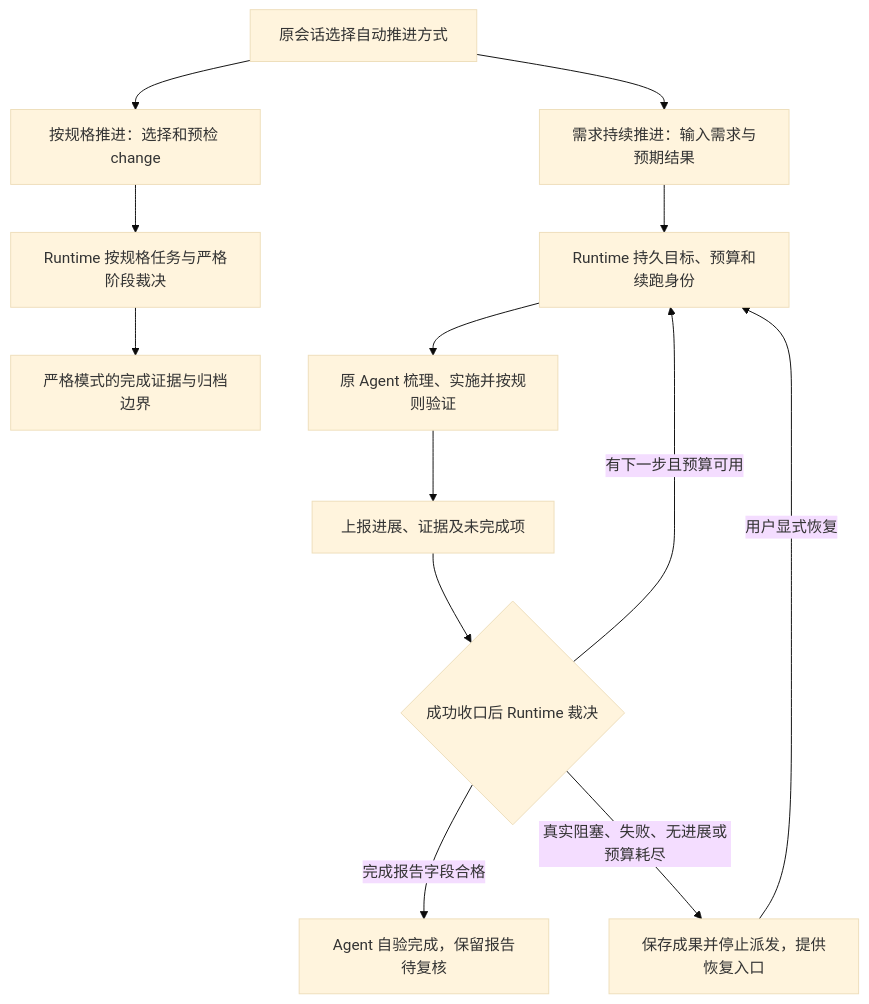
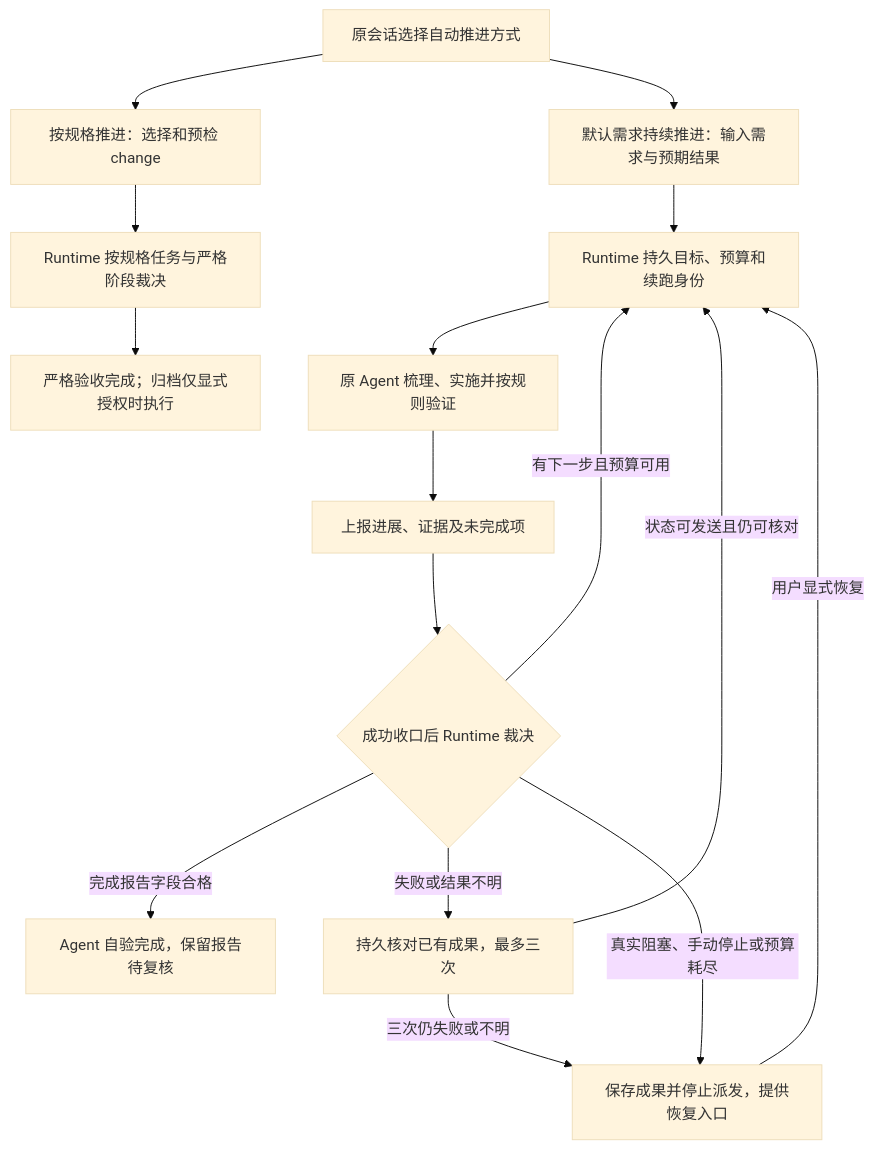
Before and after one commit to exception-coder/kai-toolbox: the fifth of 33 diagrams in docs/ai-coding-architecture.md, drawn with Mermaid (base theme). The commit also changed other lines of this file and 23 other files, not shown here.

````diff
--- a/docs/ai-coding-architecture.md
+++ b/docs/ai-coding-architecture.md
@@ -213,15 +213,18 @@
 ```mermaid
 flowchart TD
     MODE["原会话选择自动推进方式"] --> STRICT["按规格推进：选择和预检 change"]
-    MODE --> GOAL["需求持续推进：输入需求与预期结果"]
+    MODE --> GOAL["默认需求持续推进：输入需求与预期结果"]
     STRICT --> SPEC_RUN["Runtime 按规格任务与严格阶段裁决"]
     GOAL --> GOAL_RUN["Runtime 持久目标、预算和续跑身份"]
     GOAL_RUN --> AGENT["原 Agent 梳理、实施并按规则验证"]
     AGENT --> REPORT["上报进展、证据及未完成项"]
     REPORT --> DECISION{"成功收口后 Runtime 裁决"}
     DECISION -->|"有下一步且预算可用"| GOAL_RUN
     DECISION -->|"完成报告字段合格"| SELF["Agent 自验完成，保留报告待复核"]
-    DECISION -->|"真实阻塞、失败、无进展或预算耗尽"| HOLD["保存成果并停止派发，提供恢复入口"]
+    DECISION -->|"失败或结果不明"| CHECK["持久核对已有成果，最多三次"]
+    CHECK -->|"状态可发送且仍可核对"| GOAL_RUN
+    CHECK -->|"三次仍失败或不明"| HOLD["保存成果并停止派发，提供恢复入口"]
+    DECISION -->|"真实阻塞、手动停止或预算耗尽"| HOLD
     HOLD -->|"用户显式恢复"| GOAL_RUN
-    SPEC_RUN --> STRICT_DONE["严格模式的完成证据与归档边界"]
+    SPEC_RUN --> STRICT_DONE["严格验收完成；归档仅显式授权时执行"]
 ```
````
